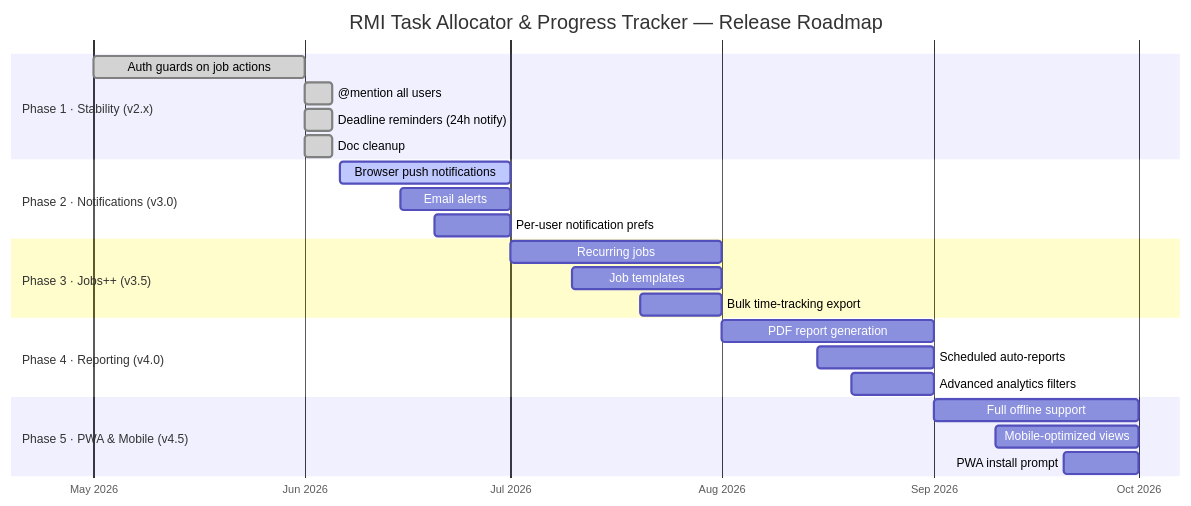
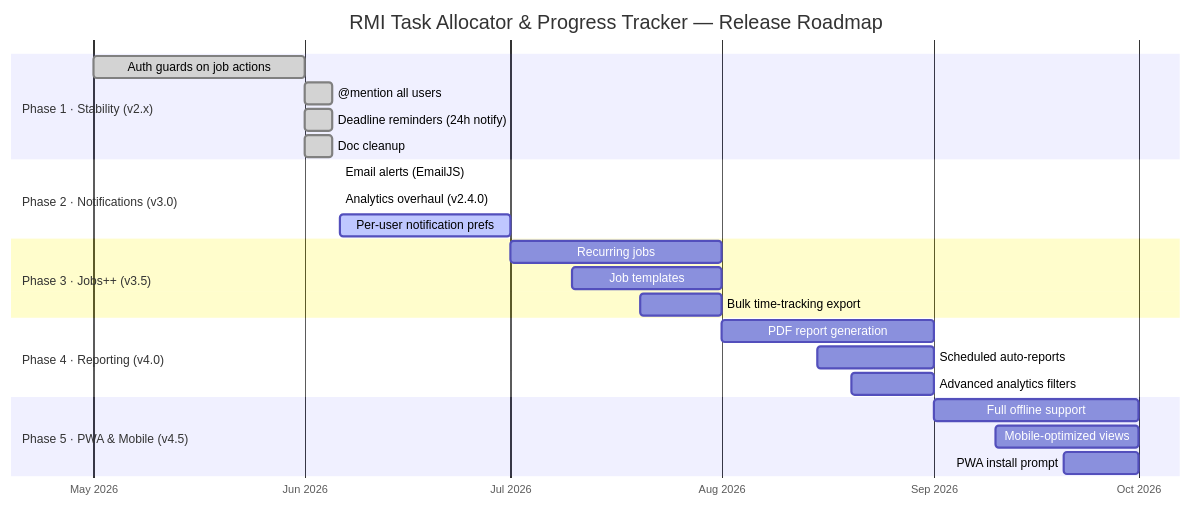
Before and after one commit to abdullahtalsayed/RMI-Task-Allocator-Project: the first of 2 diagrams in README.md, drawn with Mermaid. The commit also changed other lines of this file, not shown here.

Commit message:
fix: update README roadmap and completion chart to v2.4.0

````diff
--- a/README.md
+++ b/README.md
@@ -74,32 +74,32 @@
 ```mermaid
 gantt
     title RMI Task Allocator & Progress Tracker — Release Roadmap
     dateFormat  YYYY-MM-DD
     axisFormat  %b %Y
 
     section Phase 1 · Stability (v2.x)
     Auth guards on job actions         :done,    p1a, 2026-05-01, 2026-06-01
     @mention all users                 :done,    p1b, 2026-06-01, 2026-06-05
     Deadline reminders (24h notify)    :done,    p1c, 2026-06-01, 2026-06-05
     Doc cleanup                        :done,    p1d, 2026-06-01, 2026-06-05
 
     section Phase 2 · Notifications (v3.0)
-    Browser push notifications         :active,  p2a, 2026-06-06, 2026-07-01
-    Email alerts                       :         p2b, 2026-06-15, 2026-07-01
-    Per-user notification prefs        :         p2c, 2026-06-20, 2026-07-01
+    Email alerts (EmailJS)             :done,    p2a, 2026-06-06, 2026-06-06
+    Analytics overhaul (v2.4.0)        :done,    p2b, 2026-06-06, 2026-06-06
+    Per-user notification prefs        :active,  p2c, 2026-06-06, 2026-07-01
 
     section Phase 3 · Jobs++ (v3.5)
     Recurring jobs                     :         p3a, 2026-07-01, 2026-08-01
     Job templates                      :         p3b, 2026-07-10, 2026-08-01
     Bulk time-tracking export          :         p3c, 2026-07-20, 2026-08-01
 
     section Phase 4 · Reporting (v4.0)
     PDF report generation              :         p4a, 2026-08-01, 2026-09-01
     Scheduled auto-reports             :         p4b, 2026-08-15, 2026-09-01
     Advanced analytics filters         :         p4c, 2026-08-20, 2026-09-01
 
     section Phase 5 · PWA & Mobile (v4.5)
     Full offline support               :         p5a, 2026-09-01, 2026-10-01
     Mobile-optimized views             :         p5b, 2026-09-10, 2026-10-01
     PWA install prompt                 :         p5c, 2026-09-20, 2026-10-01
 ```
````
